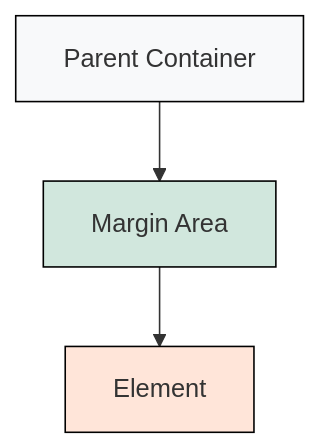
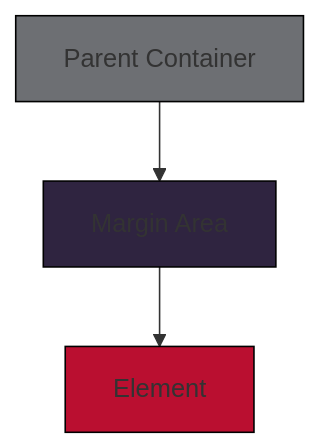
One commit to kumawatpreetam/Notes changed the fourth of 8 diagrams in README.md. Above: the diagram before and after it, drawn with Mermaid. The commit also changed other lines of this file, not shown here.

````diff
--- a/README.md
+++ b/README.md
@@ -386,12 +349,12 @@
 ```mermaid
 flowchart TB
-    style A fill:#f8f9fa,stroke:#000,stroke-width:1px
-    style B fill:#d1e7dd,stroke:#000,stroke-width:1px
-    style C fill:#ffe5d9,stroke:#000,stroke-width:1px
+    style A fill:#6D6F73,stroke:#000,stroke-width:1px
+    style B fill:#2F2440,stroke:#000,stroke-width:1px
+    style C fill:#BA0F30,stroke:#000,stroke-width:1px
 
     A[Parent Container]
     B[Margin Area]
     C[Element]
 
     A --> B --> C
 ```
````
